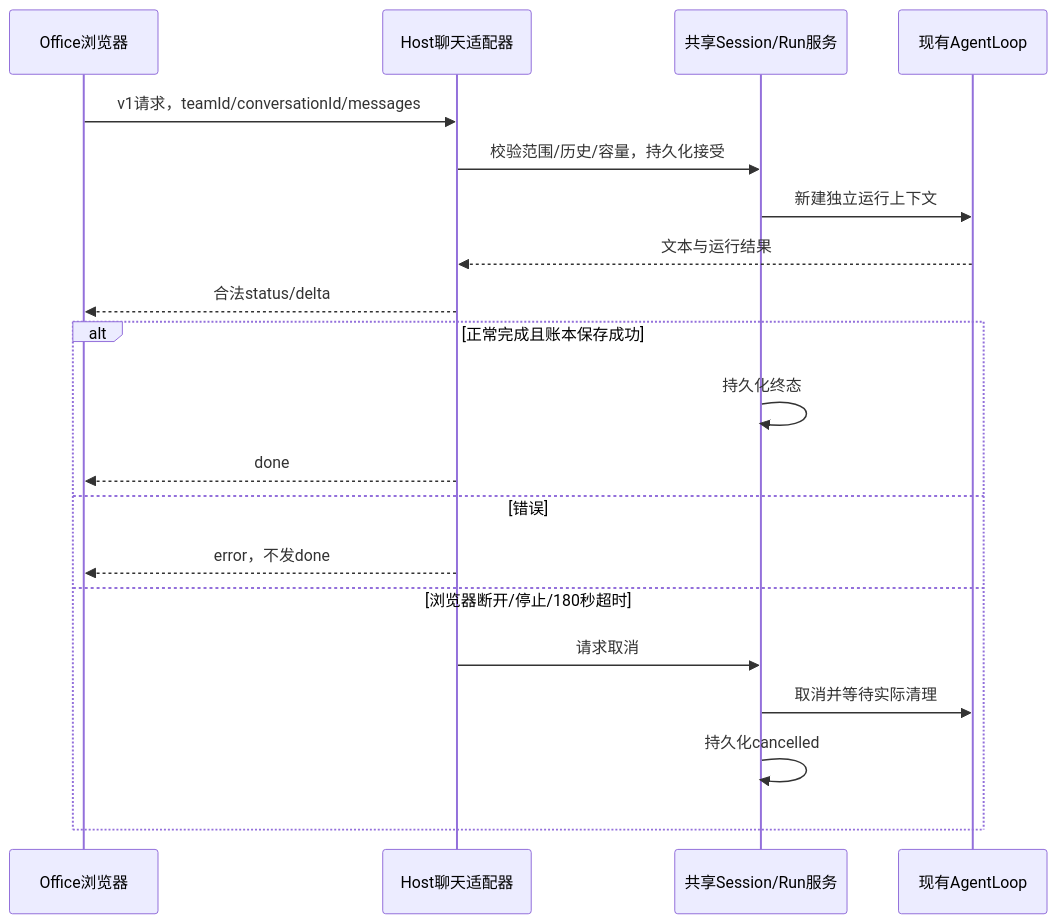
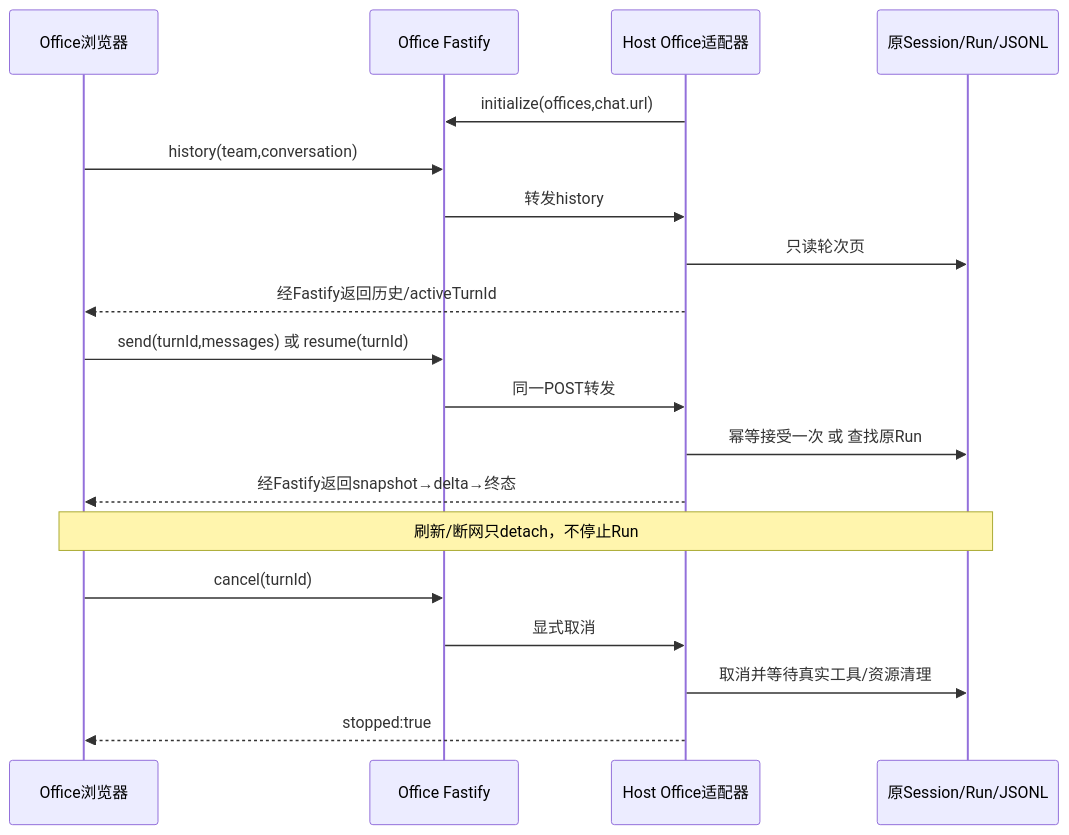
One commit to KunlunMeta-Limited/openpaw changed the fourth of 9 diagrams in docs/engine-host/master.md. Above: the diagram before and after it, drawn with Mermaid. The commit also changed other lines of this file and 27 other files, not shown here.

```diff
--- a/docs/engine-host/master.md
+++ b/docs/engine-host/master.md
@@ -300,22 +293,21 @@
 ~~~mermaid
 sequenceDiagram
     participant B as Office浏览器
-    participant C as Host聊天适配器
-    participant S as 共享Session/Run服务
-    participant E as 现有AgentLoop
-    B->>C: v1请求，teamId/conversationId/messages
-    C->>S: 校验范围/历史/容量，持久化接受
-    S->>E: 新建独立运行上下文
-    E-->>C: 文本与运行结果
-    C-->>B: 合法status/delta
-    alt 正常完成且账本保存成功
-        S->>S: 持久化终态
-        C-->>B: done
-    else 错误
-        C-->>B: error，不发done
-    else 浏览器断开/停止/180秒超时
-        C->>S: 请求取消
-        S->>E: 取消并等待实际清理
-        S->>S: 持久化cancelled
-    end
+    participant F as Office Fastify
+    participant C as Host Office适配器
+    participant S as 原Session/Run/JSONL
+    C->>F: initialize(offices,chat.url)
+    B->>F: history(team,conversation)
+    F->>C: 转发history
+    C->>S: 只读轮次页
+    C-->>B: 经Fastify返回历史/activeTurnId
+    B->>F: send(turnId,messages) 或 resume(turnId)
+    F->>C: 同一POST转发
+    C->>S: 幂等接受一次 或 查找原Run
+    C-->>B: 经Fastify返回snapshot→delta→终态
+    Note over B,S: 刷新/断网只detach，不停止Run
+    B->>F: cancel(turnId)
+    F->>C: 显式取消
+    C->>S: 取消并等待真实工具/资源清理
+    C-->>B: stopped:true
 ~~~
```
